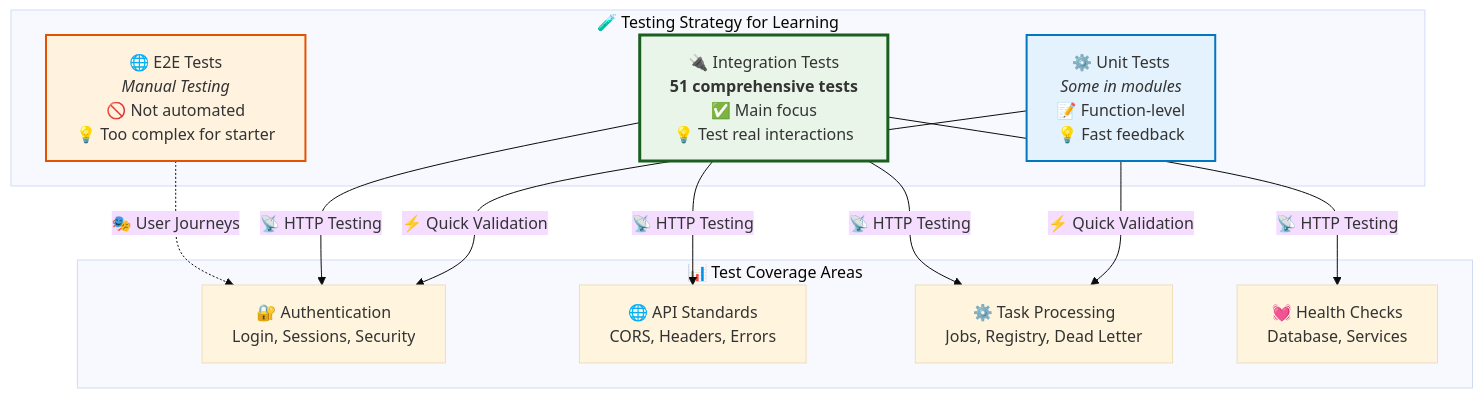
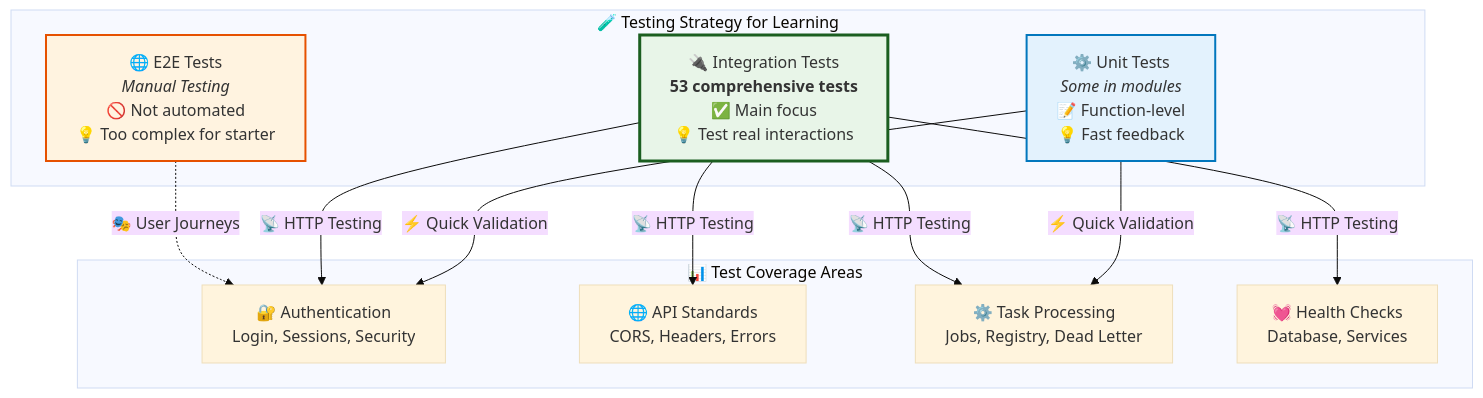
One commit to quanhua92/rust-fullstack-starter changed the diagram in docs/guides/07-testing.md. Above: the diagram before and after it, drawn with Mermaid (base theme). The commit also changed 9 other files, not shown here.

````diff
--- a/docs/guides/07-testing.md
+++ b/docs/guides/07-testing.md
@@ -23,33 +23,33 @@
 ```mermaid
 graph TD
     subgraph "🧪 Testing Strategy for Learning"
         E2E[🌐 E2E Tests<br/><i>Manual Testing</i><br/>🚫 Not automated<br/>💡 Too complex for starter]
         
-        INTEGRATION[🔌 Integration Tests<br/><b>51 comprehensive tests</b><br/>✅ Main focus<br/>💡 Test real interactions]
+        INTEGRATION[🔌 Integration Tests<br/><b>53 comprehensive tests</b><br/>✅ Main focus<br/>💡 Test real interactions]
         
         UNIT[⚙️ Unit Tests<br/><i>Some in modules</i><br/>📝 Function-level<br/>💡 Fast feedback]
     end
     
     subgraph "📊 Test Coverage Areas"
         AUTH_T[🔐 Authentication<br/>Login, Sessions, Security]
         API_T[🌐 API Standards<br/>CORS, Headers, Errors]
         TASK_T[⚙️ Task Processing<br/>Jobs, Registry, Dead Letter]
         HEALTH_T[💓 Health Checks<br/>Database, Services]
     end
     
     E2E -.->|🎭 User Journeys| AUTH_T
     INTEGRATION -->|📡 HTTP Testing| AUTH_T
     INTEGRATION -->|📡 HTTP Testing| API_T
     INTEGRATION -->|📡 HTTP Testing| TASK_T
     INTEGRATION -->|📡 HTTP Testing| HEALTH_T
     UNIT -->|⚡ Quick Validation| AUTH_T
     UNIT -->|⚡ Quick Validation| TASK_T
     
     classDef focusBox fill:#e8f5e8,stroke:#1b5e20,stroke-width:3px
     classDef supportBox fill:#e3f2fd,stroke:#0277bd,stroke-width:2px
     classDef manualBox fill:#fff3e0,stroke:#e65100,stroke-width:2px
     
     class INTEGRATION focusBox
     class UNIT supportBox
     class E2E manualBox
 ```
````
